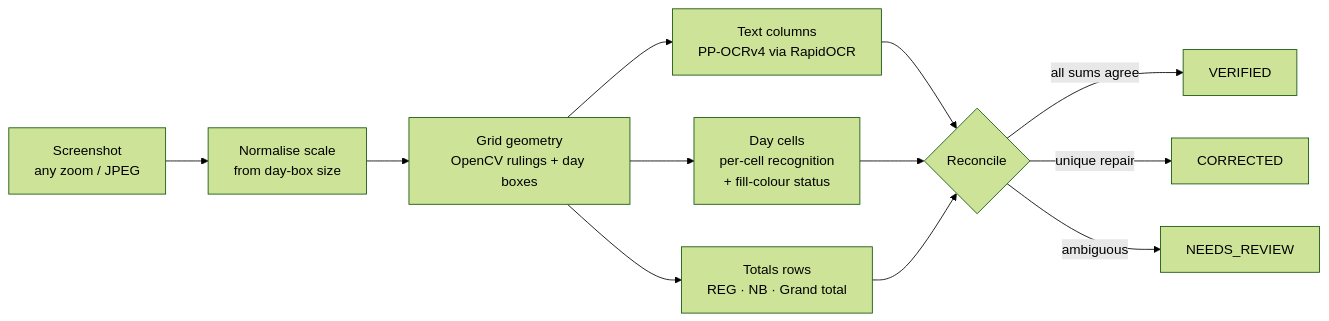
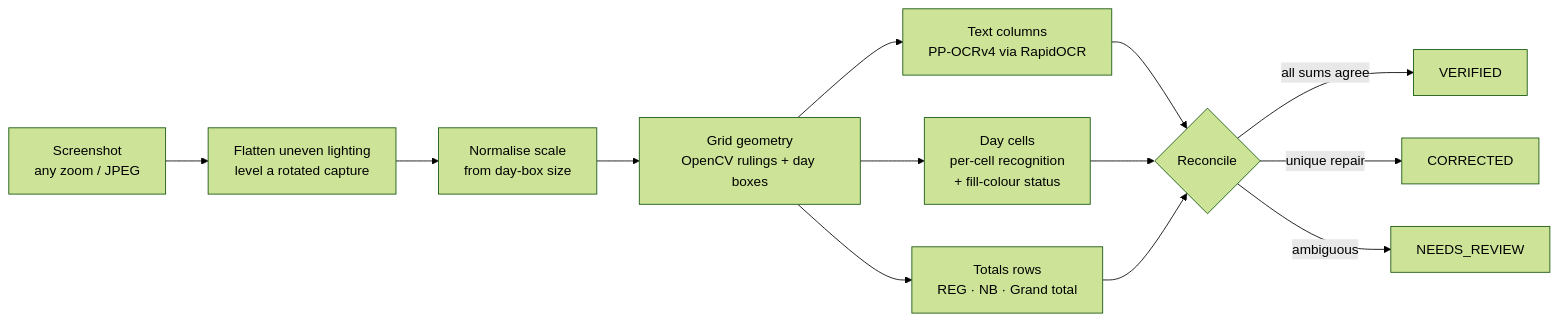
The first of 2 diagrams in README.md (pavan-dangeti/VeriTrack-AI), drawn with Mermaid (forest theme) before and after one commit. The commit also changed other lines of this file and 7 other files, not shown here.

````diff
--- a/README.md
+++ b/README.md
@@ -86,12 +86,13 @@
 ```mermaid
 flowchart LR
-    A[Screenshot<br/>any zoom / JPEG] --> B[Normalise scale<br/>from day-box size]
+    A[Screenshot<br/>any zoom / JPEG] --> P[Flatten uneven lighting<br/>level a rotated capture]
+    P --> B[Normalise scale<br/>from day-box size]
     B --> C[Grid geometry<br/>OpenCV rulings + day boxes]
     C --> D[Text columns<br/>PP-OCRv4 via RapidOCR]
     C --> E[Day cells<br/>per-cell recognition<br/>+ fill-colour status]
     C --> F[Totals rows<br/>REG · NB · Grand total]
     D & E & F --> G{Reconcile}
     G -->|all sums agree| H[VERIFIED]
     G -->|unique repair| I[CORRECTED]
     G -->|ambiguous| J[NEEDS_REVIEW]
 ```
````
